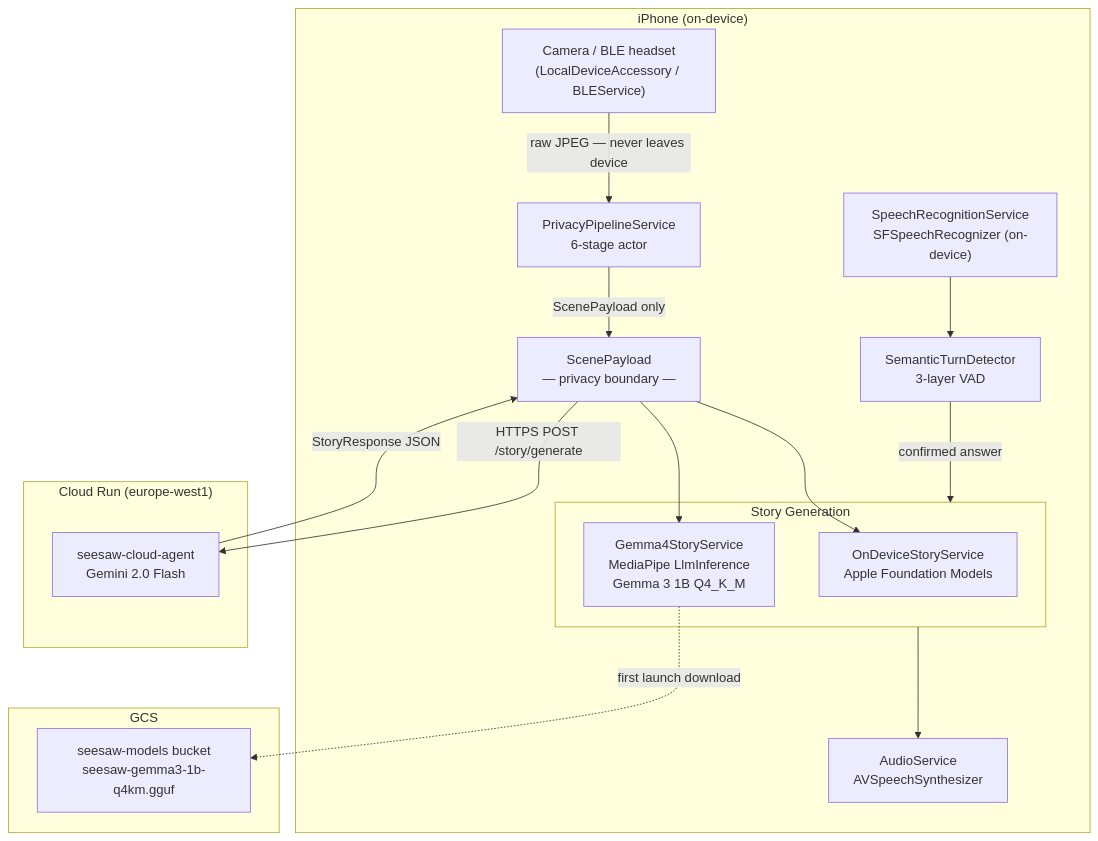
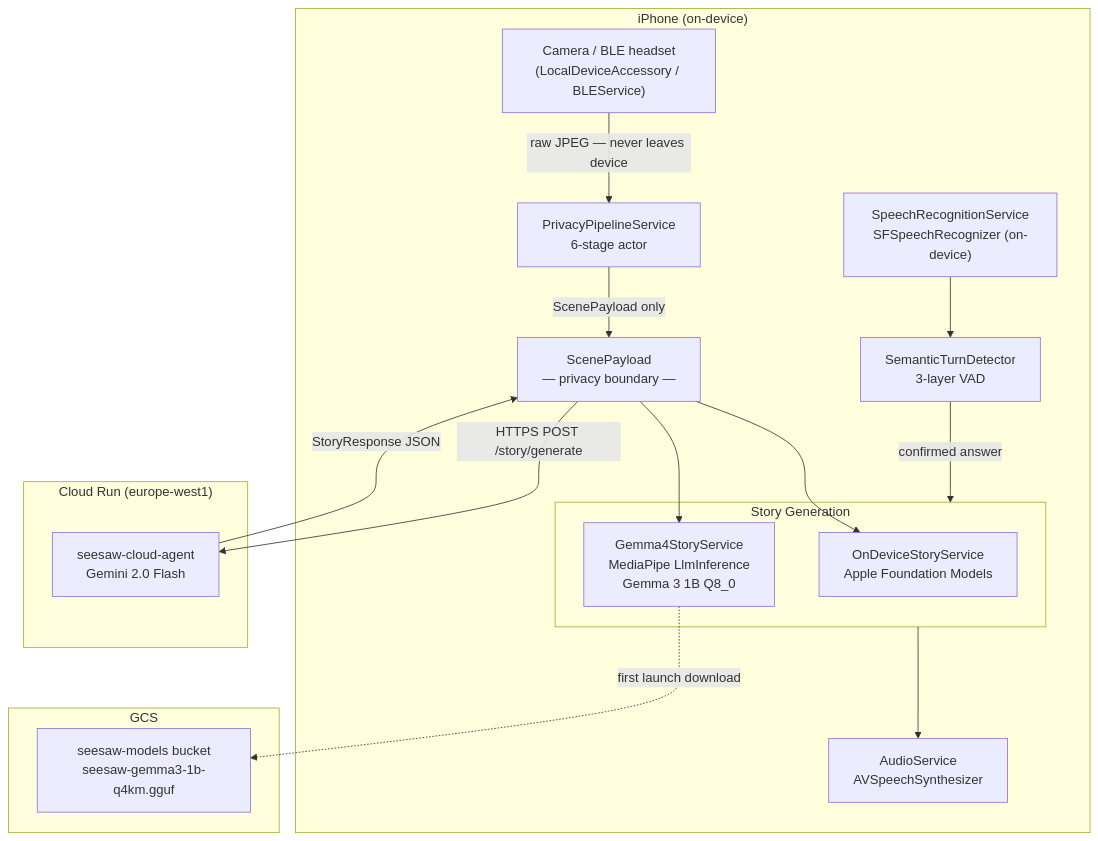
One commit to j2damax/seesaw-companion-ios changed the first of 8 diagrams in Pipeline.md. Above: the diagram before and after it, drawn with Mermaid. The commit also changed other lines of this file and 23 other files, not shown here.

````diff
--- a/Pipeline.md
+++ b/Pipeline.md
@@ -27,36 +29,36 @@
 ```mermaid
 flowchart TB
     subgraph Device["iPhone (on-device)"]
         CAM["Camera / BLE headset\n(LocalDeviceAccessory / BLEService)"]
         PP["PrivacyPipelineService\n6-stage actor"]
         SP["ScenePayload\n— privacy boundary —"]
         
         subgraph Modes["Story Generation"]
             OD["OnDeviceStoryService\nApple Foundation Models"]
-            G4["Gemma4StoryService\nMediaPipe LlmInference\nGemma 3 1B Q4_K_M"]
+            G4["Gemma4StoryService\nMediaPipe LlmInference\nGemma 3 1B Q8_0"]
         end
         
         VAD["SemanticTurnDetector\n3-layer VAD"]
         AUDIO["AudioService\nAVSpeechSynthesizer"]
         MIC["SpeechRecognitionService\nSFSpeechRecognizer (on-device)"]
     end
     
     subgraph Cloud["Cloud Run (europe-west1)"]
         CR["seesaw-cloud-agent\nGemini 2.0 Flash"]
     end
 
     subgraph Storage["GCS"]
         GCS["seesaw-models bucket\nseesaw-gemma3-1b-q4km.gguf"]
     end
 
     CAM -->|raw JPEG — never leaves device| PP
     PP -->|ScenePayload only| SP
     SP --> OD
     SP --> G4
     SP -->|HTTPS POST /story/generate| CR
     CR -->|StoryResponse JSON| SP
     MIC --> VAD
     VAD -->|confirmed answer| Modes
     Modes --> AUDIO
     G4 -.->|first launch download| GCS
 ```
````
